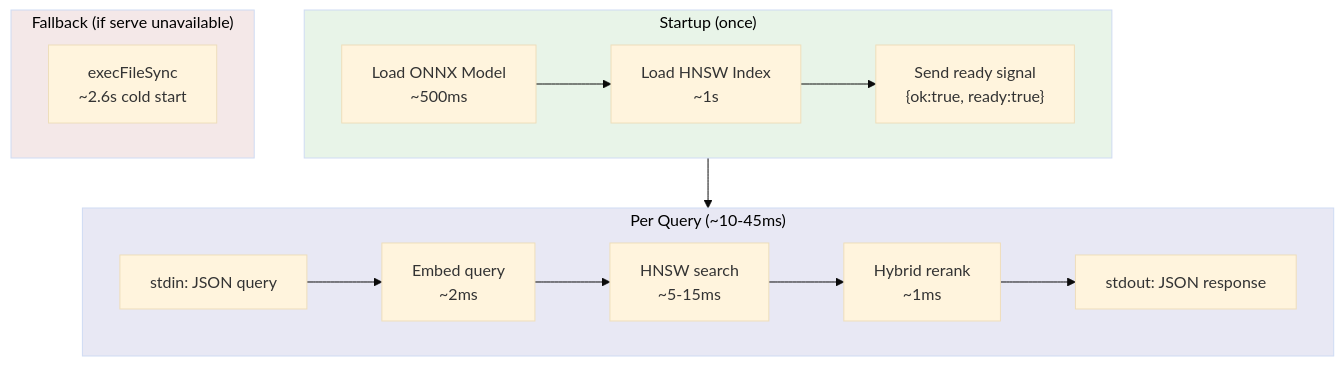
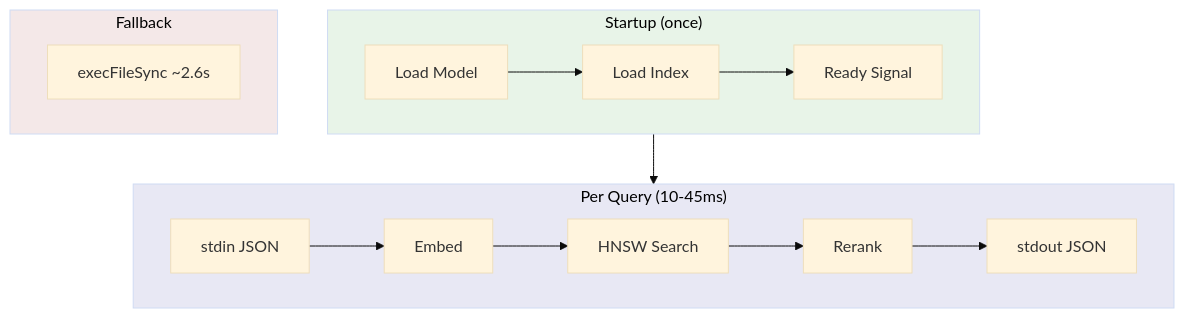
Before and after one commit to krejcif/magector: the seventh of 10 diagrams in README.md, drawn with Mermaid (base theme). The commit also changed other lines of this file and 1 other file, not shown here.

First line of the commit message:
Optimize Mermaid diagrams for GitHub viewer and fix parse errors

````diff
--- a/README.md
+++ b/README.md
@@ -571,24 +569,21 @@
 ```mermaid
-flowchart TB
+flowchart TD
   subgraph startup ["Startup (once)"]
-    S1[Load ONNX Model\n~500ms] --> S2[Load HNSW Index\n~1s]
-    S2 --> S3["Send ready signal\n{ok:true, ready:true}"]
+    S1[Load Model] --> S2[Load Index]
+    S2 --> S3[Ready Signal]
   end
-
-  subgraph query ["Per Query (~10-45ms)"]
-    Q1["stdin: JSON query"] --> Q2[Embed query\n~2ms]
-    Q2 --> Q3[HNSW search\n~5-15ms]
-    Q3 --> Q4[Hybrid rerank\n~1ms]
-    Q4 --> Q5["stdout: JSON response"]
+  subgraph query ["Per Query (10-45ms)"]
+    Q1[stdin JSON] --> Q2[Embed]
+    Q2 --> Q3[HNSW Search]
+    Q3 --> Q4[Rerank]
+    Q4 --> Q5[stdout JSON]
   end
-
   startup --> query
-
-  subgraph fallback ["Fallback (if serve unavailable)"]
-    F1["execFileSync\n~2.6s cold start"]
+  subgraph fallback ["Fallback"]
+    F1[execFileSync ~2.6s]
   end
 
   style startup fill:#e8f4e8,color:#000
   style query fill:#e8e8f4,color:#000
   style fallback fill:#f4e8e8,color:#000
 ```
````
